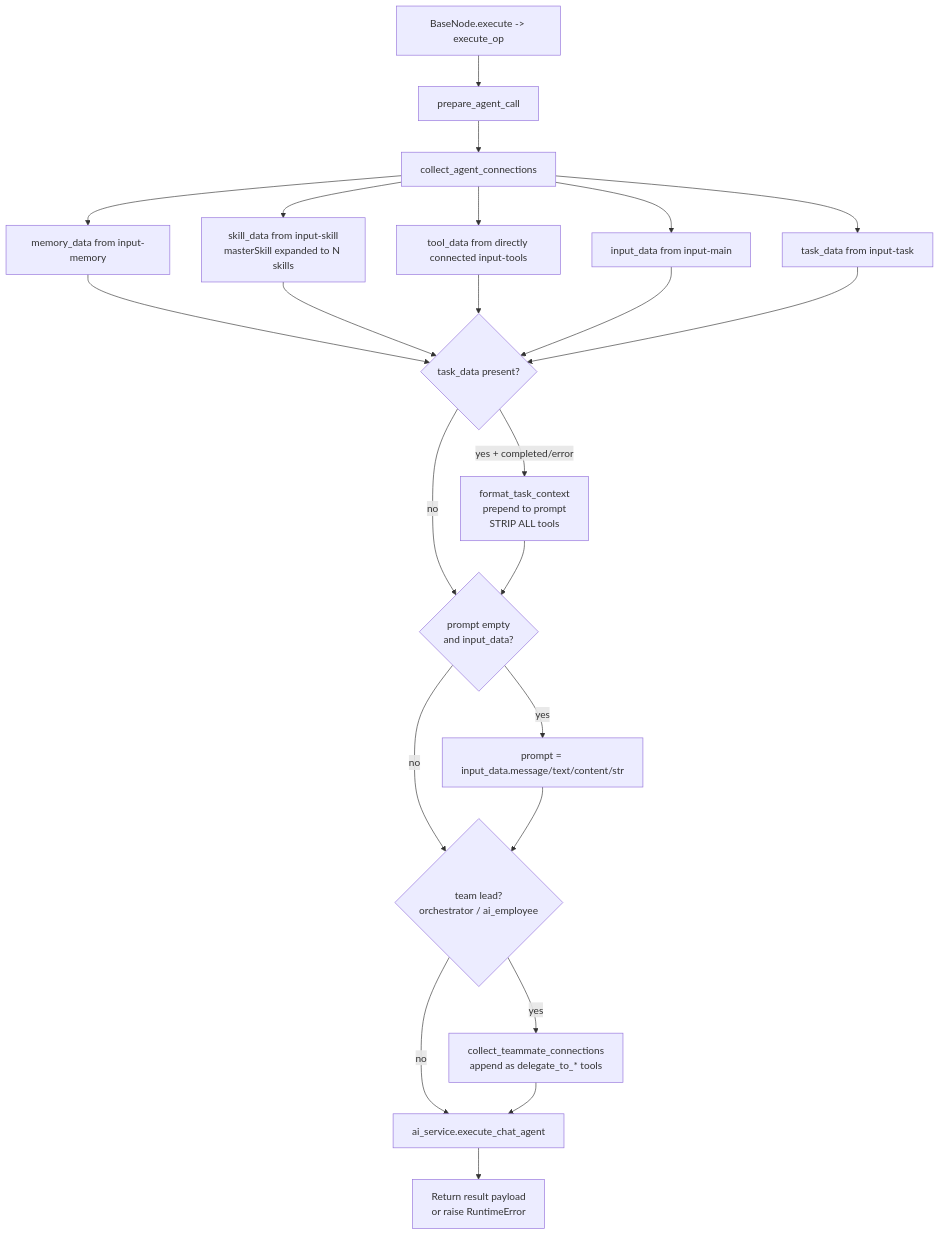
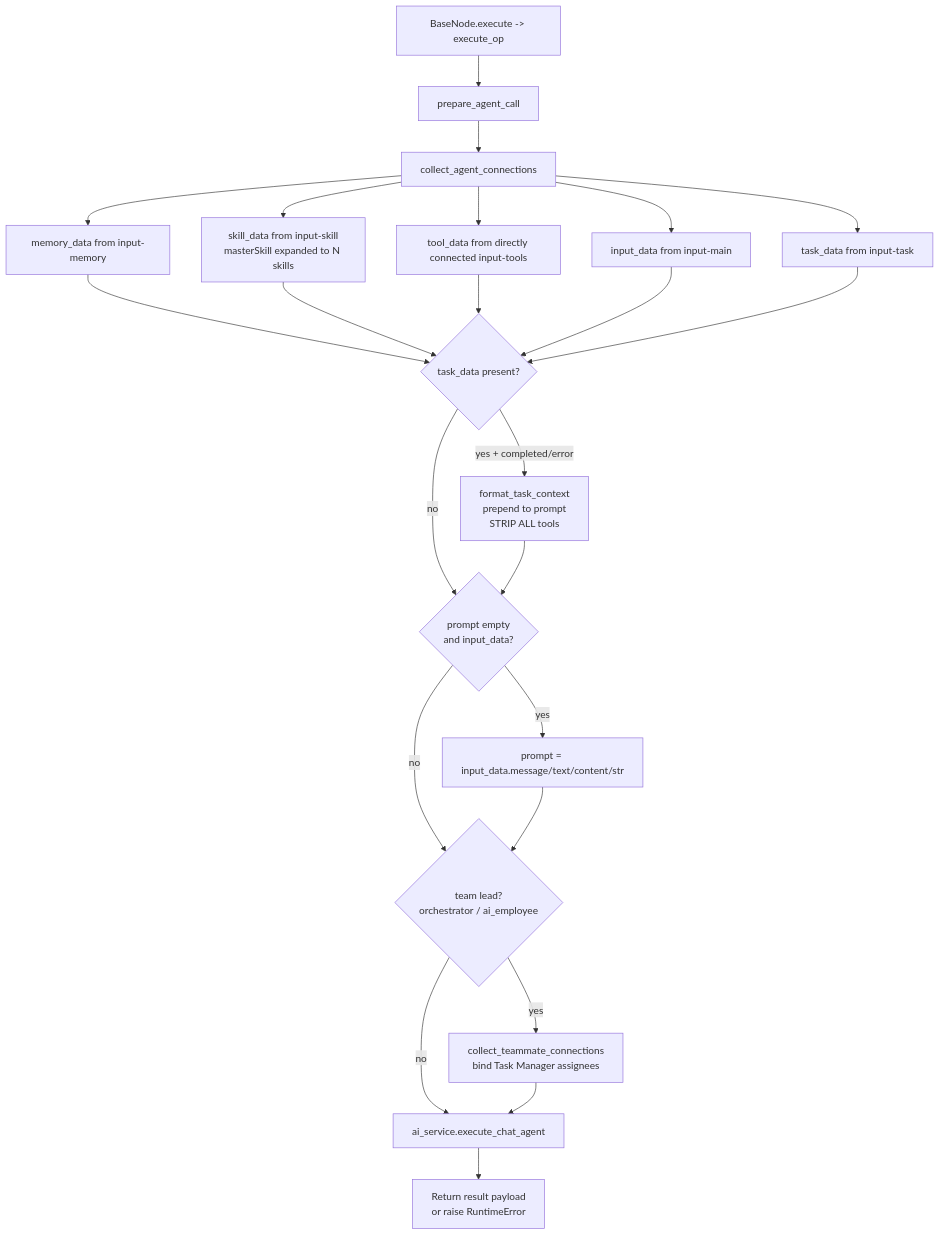
The diagram in docs-internal/node-logic-flows/specialized_agents/_pattern.md (zeenie-ai/OpenCompany), drawn with Mermaid before and after one commit. The commit also changed other lines of this file and 50 other files, not shown here.

````diff
--- a/docs-internal/node-logic-flows/specialized_agents/_pattern.md
+++ b/docs-internal/node-logic-flows/specialized_agents/_pattern.md
@@ -105,25 +105,25 @@
 ```mermaid
 flowchart TD
   A[BaseNode.execute -> execute_op] --> P[prepare_agent_call]
   P --> B[collect_agent_connections]
   B --> B1[memory_data from input-memory]
   B --> B2[skill_data from input-skill<br/>masterSkill expanded to N skills]
   B --> B3[tool_data from directly connected input-tools]
   B --> B4[input_data from input-main]
   B --> B5[task_data from input-task]
   B1 --> C{task_data present?}
   B2 --> C
   B3 --> C
   B4 --> C
   B5 --> C
   C -- yes + completed/error --> D[format_task_context<br/>prepend to prompt<br/>STRIP ALL tools]
   C -- no --> E{prompt empty<br/>and input_data?}
   D --> E
   E -- yes --> F[prompt = input_data.message/text/content/str]
   E -- no --> G{team lead?<br/>orchestrator / ai_employee}
   F --> G
-  G -- yes --> H[collect_teammate_connections<br/>append as delegate_to_* tools]
+  G -- yes --> H[collect_teammate_connections<br/>bind Task Manager assignees]
   G -- no --> I[ai_service.execute_chat_agent]
   H --> I
   I --> J[Return result payload<br/>or raise RuntimeError]
 ```
````
